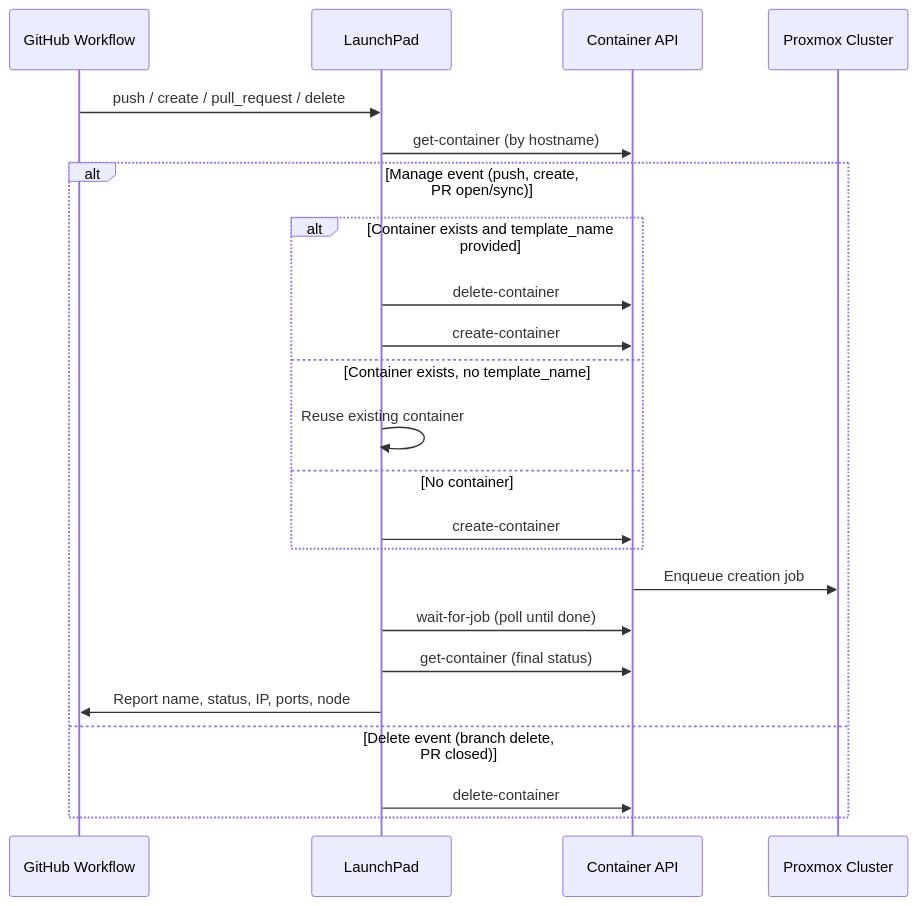
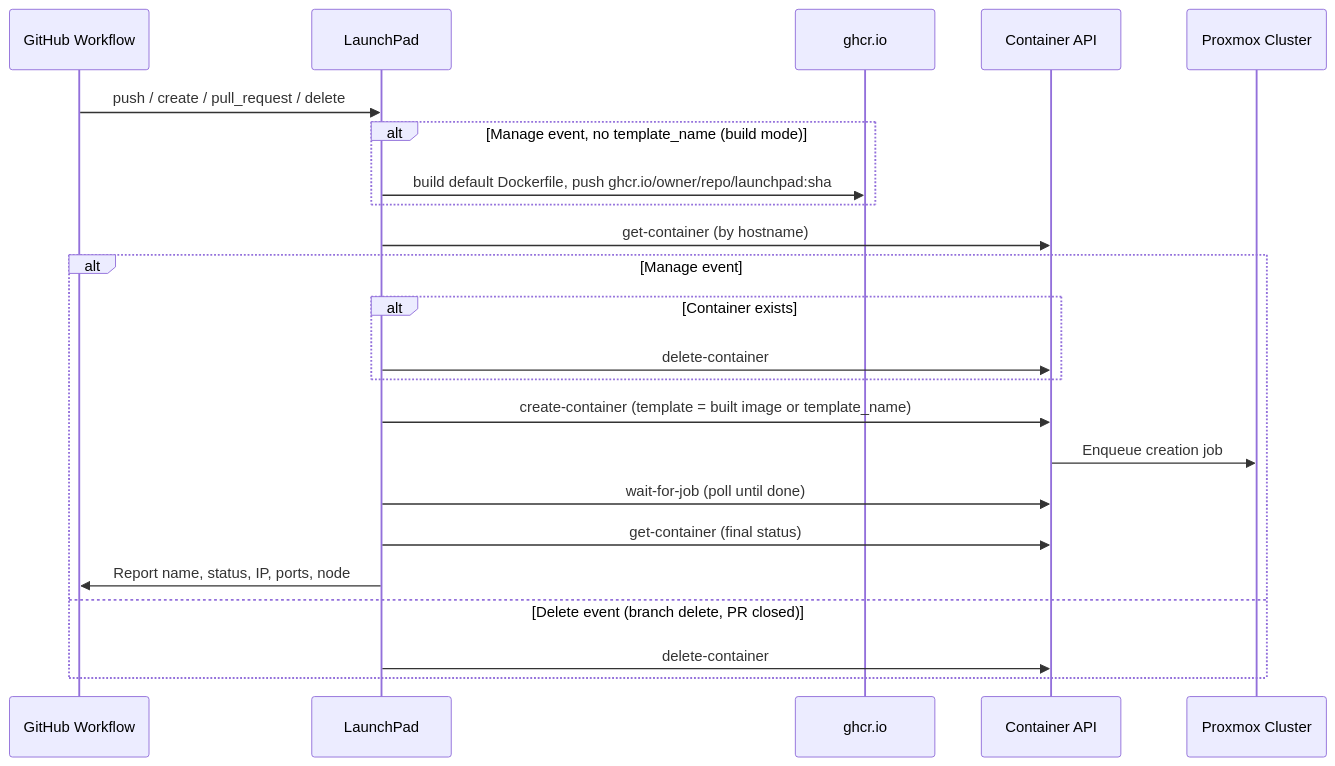
Before and after one commit to mieweb/launchpad: the diagram in README.md, drawn with Mermaid. The commit also changed other lines of this file, not shown here.

Commit message:
Document build mode, new inputs, and breaking template_name change

````diff
--- a/README.md
+++ b/README.md
@@ -47,27 +85,27 @@
 ```mermaid
 sequenceDiagram
     participant GH as GitHub Workflow
     participant LP as LaunchPad
+    participant REG as ghcr.io
     participant API as Container API
     participant Prox as Proxmox Cluster
 
     GH->>LP: push / create / pull_request / delete
+    alt Manage event, no template_name (build mode)
+        LP->>REG: build default Dockerfile, push ghcr.io/owner/repo/launchpad:sha
+    end
     LP->>API: get-container (by hostname)
 
-    alt Manage event (push, create, PR open/sync)
-        alt Container exists and template_name provided
+    alt Manage event
+        alt Container exists
             LP->>API: delete-container
-            LP->>API: create-container
-        else Container exists, no template_name
-            LP->>LP: Reuse existing container
-        else No container
-            LP->>API: create-container
         end
+        LP->>API: create-container (template = built image or template_name)
         API->>Prox: Enqueue creation job
         LP->>API: wait-for-job (poll until done)
         LP->>API: get-container (final status)
         LP->>GH: Report name, status, IP, ports, node
     else Delete event (branch delete, PR closed)
         LP->>API: delete-container
     end
 ```
````
